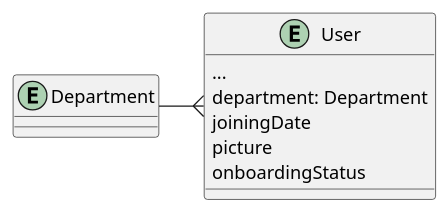
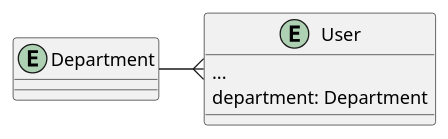
Before and after one commit to noname623/jmix-docs: the second of 5 diagrams in content/modules/tutorial/pages/data-in-ui.adoc, drawn with PlantUML. The commit also changed other lines of this file and 17 other files, not shown here.

```diff
--- a/content/modules/tutorial/pages/data-in-ui.adoc
+++ b/content/modules/tutorial/pages/data-in-ui.adoc
@@ -63,19 +54,16 @@
 [plantuml]
 ....
 @startuml
 
 entity Department {
 }
 
 entity User {
     ...
     department: Department
-    joiningDate
-    picture
-    onboardingStatus
 }
 
 Department -{ User
 
 @enduml
 ....
```
